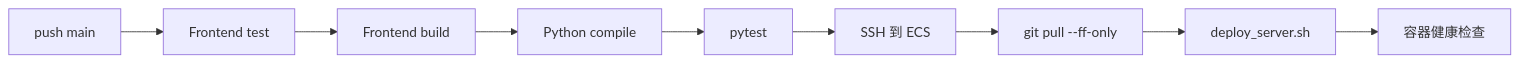
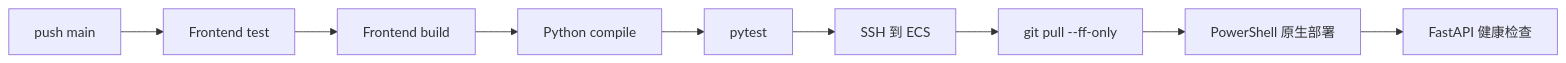
Before and after one commit to KN-998998/AI-i2v: the diagram in docs/CI-CD部署说明.md, drawn with Mermaid. The commit also changed other lines of this file and 14 other files, not shown here.

````diff
--- a/docs/CI-CD部署说明.md
+++ b/docs/CI-CD部署说明.md
@@ -18,11 +18,11 @@
 ```mermaid
 flowchart LR
   A[push main] --> B[Frontend test]
   B --> C[Frontend build]
   C --> D[Python compile]
   D --> E[pytest]
   E --> F[SSH 到 ECS]
   F --> G[git pull --ff-only]
-  G --> H[deploy_server.sh]
-  H --> I[容器健康检查]
+  G --> H[PowerShell 原生部署]
+  H --> I[FastAPI 健康检查]
 ```
````
